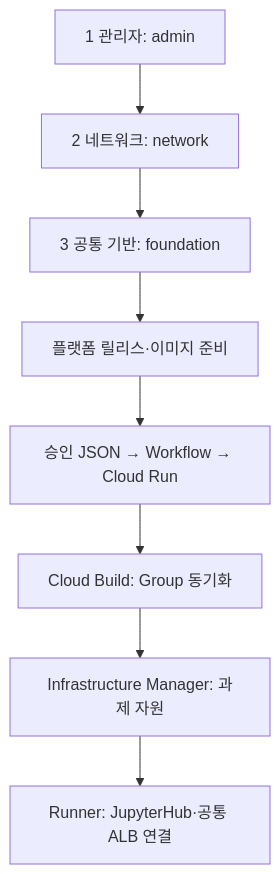
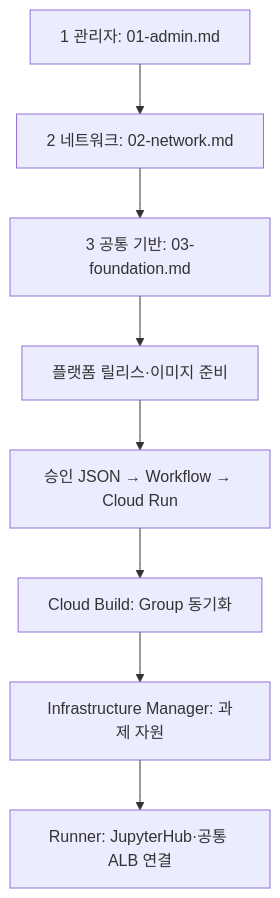
One commit to sonmap/GCP_SBX_Test01 changed the diagram in README.md. Above: the diagram before and after it, drawn with Mermaid. The commit also changed other lines of this file and 21 other files, not shown here.

````diff
--- a/README.md
+++ b/README.md
@@ -32,10 +31,10 @@
 ```mermaid
 flowchart TD
-  A["1 관리자: admin"] --> B["2 네트워크: network"]
-  B --> C["3 공통 기반: foundation"]
+  A["1 관리자: 01-admin.md"] --> B["2 네트워크: 02-network.md"]
+  B --> C["3 공통 기반: 03-foundation.md"]
   C --> D["플랫폼 릴리스·이미지 준비"]
   D --> E["승인 JSON → Workflow → Cloud Run"]
   E --> F["Cloud Build: Group 동기화"]
   F --> G["Infrastructure Manager: 과제 자원"]
   G --> H["Runner: JupyterHub·공통 ALB 연결"]
 ```
````
